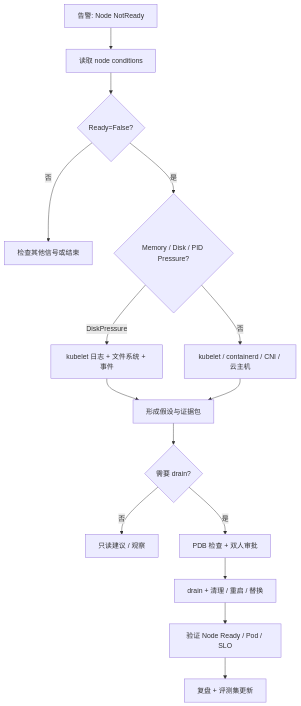
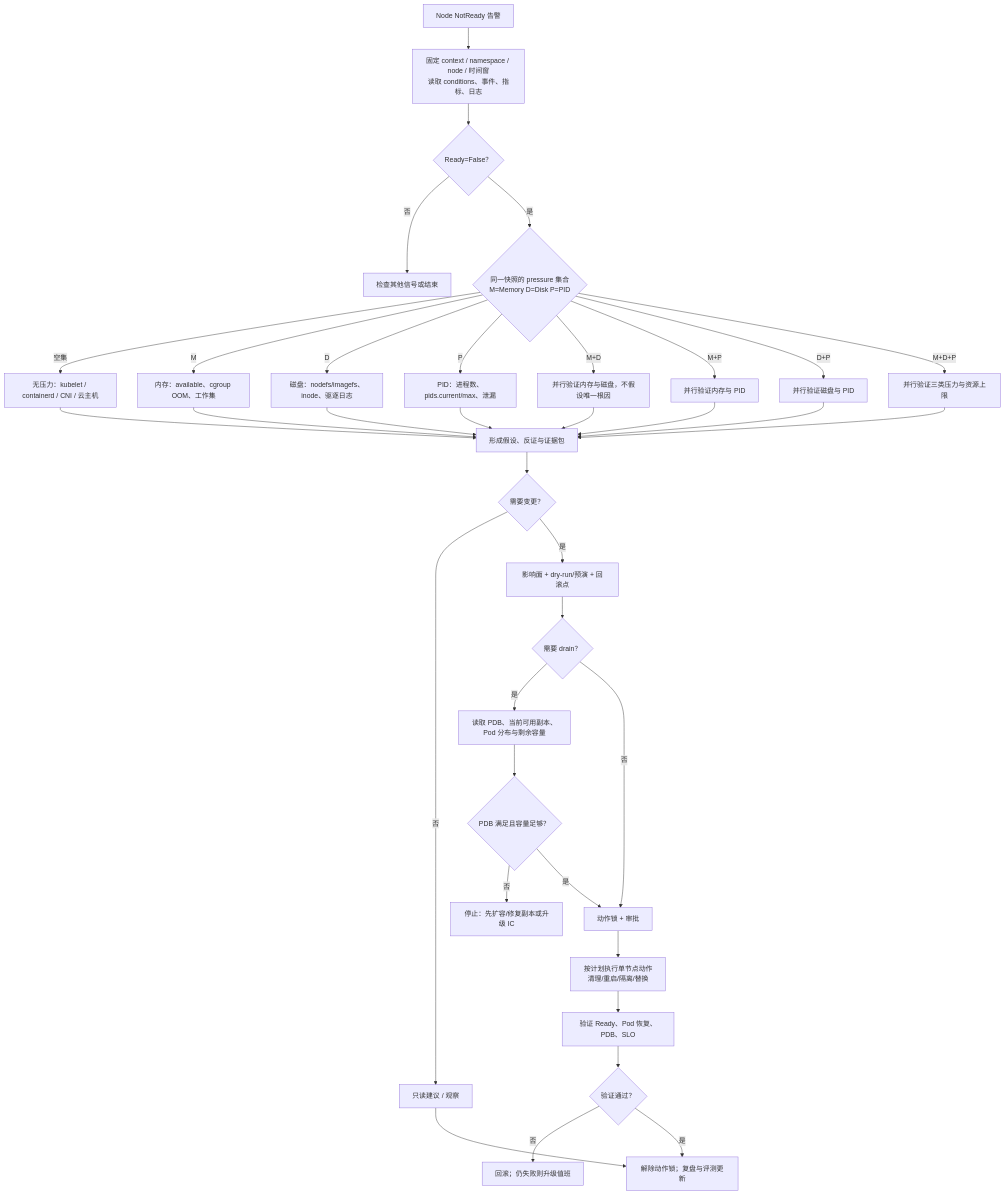
Before and after one commit to ai-guru-global/the-ops-agent-book: the diagram in docs/playbooks/k8s.md, drawn with Mermaid. The commit also changed other lines of this file and 144 other files, not shown here.

````diff
--- a/docs/playbooks/k8s.md
+++ b/docs/playbooks/k8s.md
@@ -95,17 +49,38 @@
 ```mermaid
 flowchart TD
-  A[告警: Node NotReady] --> B[读取 node conditions]
-  B --> C{Ready=False?}
-  C -- 否 --> X[检查其他信号或结束]
-  C -- 是 --> D{Memory / Disk / PID Pressure?}
-  D -- DiskPressure --> E[kubelet 日志 + 文件系统 + 事件]
-  D -- 否 --> F[kubelet / containerd / CNI / 云主机]
-  E --> G[形成假设与证据包]
-  F --> G
-  G --> H{需要 drain?}
-  H -- 否 --> I[只读建议 / 观察]
-  H -- 是 --> J[PDB 检查 + 双人审批]
-  J --> K[drain + 清理 / 重启 / 替换]
-  K --> L[验证 Node Ready / Pod / SLO]
-  L --> M[复盘 + 评测集更新]
+  A["Node NotReady 告警"] --> B["固定 context / namespace / node / 时间窗<br/>读取 conditions、事件、指标、日志"]
+  B --> C{"Ready=False？"}
+  C -- 否 --> X["检查其他信号或结束"]
+  C -- 是 --> D{"同一快照的 pressure 集合<br/>M=Memory D=Disk P=PID"}
+  D -- "空集" --> N["无压力：kubelet / containerd / CNI / 云主机"]
+  D -- "M" --> M["内存：available、cgroup OOM、工作集"]
+  D -- "D" --> DS["磁盘：nodefs/imagefs、inode、驱逐日志"]
+  D -- "P" --> P["PID：进程数、pids.current/max、泄漏"]
+  D -- "M+D" --> MD["并行验证内存与磁盘，不假设唯一根因"]
+  D -- "M+P" --> MP["并行验证内存与 PID"]
+  D -- "D+P" --> DP["并行验证磁盘与 PID"]
+  D -- "M+D+P" --> MDP["并行验证三类压力与资源上限"]
+  N --> E["形成假设、反证与证据包"]
+  M --> E
+  DS --> E
+  P --> E
+  MD --> E
+  MP --> E
+  DP --> E
+  MDP --> E
+  E --> F{"需要变更？"}
+  F -- 否 --> O["只读建议 / 观察"]
+  F -- 是 --> G["影响面 + dry-run/预演 + 回滚点"]
+  G --> H{"需要 drain？"}
+  H -- 是 --> I["读取 PDB、当前可用副本、Pod 分布与剩余容量"]
+  H -- 否 --> J["动作锁 + 审批"]
+  I --> Q{"PDB 满足且容量足够？"}
+  Q -- 否 --> R["停止：先扩容/修复副本或升级 IC"]
+  Q -- 是 --> J
+  J --> K["按计划执行单节点动作<br/>清理/重启/隔离/替换"]
+  K --> L["验证 Ready、Pod 恢复、PDB、SLO"]
+  L --> M2{"验证通过？"}
+  M2 -- 否 --> RB["回滚；仍失败则升级值班"]
+  M2 -- 是 --> V["解除动作锁；复盘与评测更新"]
+  O --> V
 ```
````
